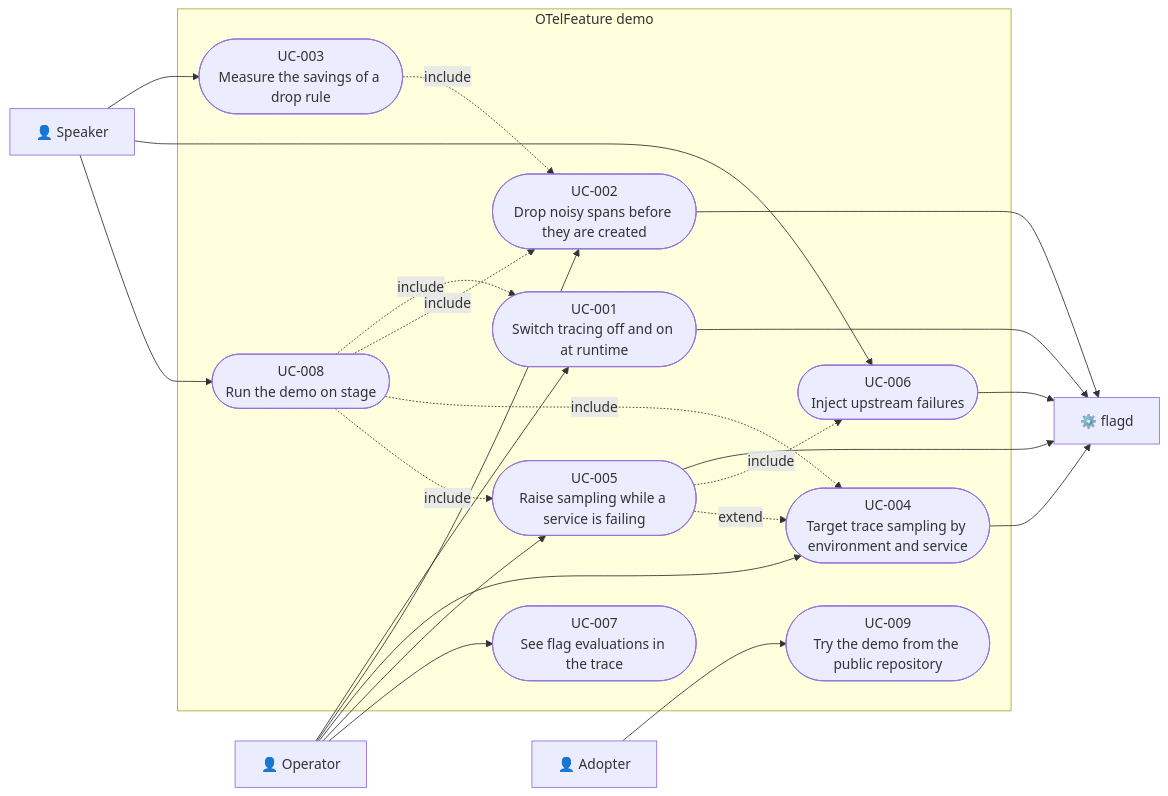
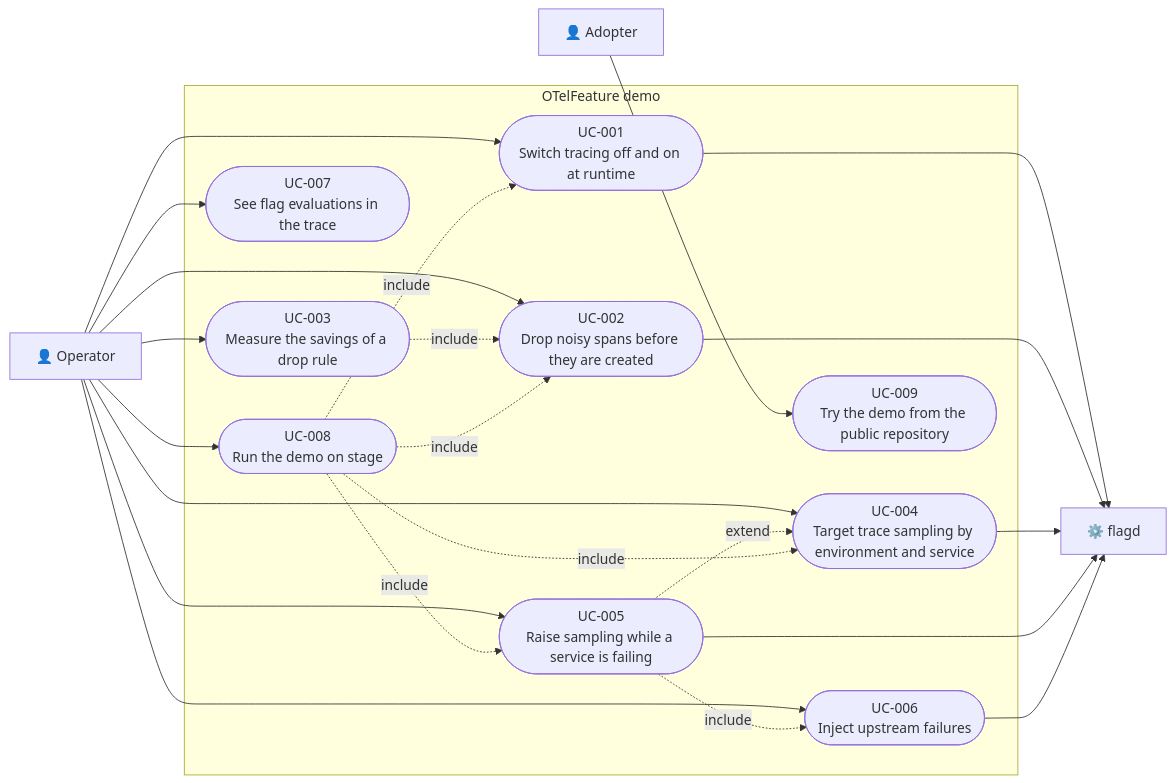
The diagram in docs/spec/use_cases.md (OTelFeature/poc), drawn with Mermaid before and after one commit. The commit also changed other lines of this file and 15 other files, not shown here.

````diff
--- a/docs/spec/use_cases.md
+++ b/docs/spec/use_cases.md
@@ -8,43 +8,42 @@
 ```mermaid
 flowchart LR
     operator["👤 Operator"]
-    speaker["👤 Speaker"]
     adopter["👤 Adopter"]
     flagd["⚙️ flagd"]
 
     subgraph demo["OTelFeature demo"]
         UC001(["UC-001<br/>Switch tracing off and on at runtime"])
         UC002(["UC-002<br/>Drop noisy spans before they are created"])
         UC003(["UC-003<br/>Measure the savings of a drop rule"])
         UC004(["UC-004<br/>Target trace sampling by environment and service"])
         UC005(["UC-005<br/>Raise sampling while a service is failing"])
         UC006(["UC-006<br/>Inject upstream failures"])
         UC007(["UC-007<br/>See flag evaluations in the trace"])
         UC008(["UC-008<br/>Run the demo on stage"])
         UC009(["UC-009<br/>Try the demo from the public repository"])
     end
 
     operator --> UC001
     operator --> UC002
     operator --> UC004
     operator --> UC005
     operator --> UC007
-    speaker --> UC003
-    speaker --> UC006
-    speaker --> UC008
+    operator --> UC003
+    operator --> UC006
+    operator --> UC008
     adopter --> UC009
 
     UC001 --> flagd
     UC002 --> flagd
     UC004 --> flagd
     UC005 --> flagd
     UC006 --> flagd
 
     UC005 -. include .-> UC006
     UC005 -. extend .-> UC004
     UC003 -. include .-> UC002
     UC008 -. include .-> UC001
     UC008 -. include .-> UC002
     UC008 -. include .-> UC004
     UC008 -. include .-> UC005
 ```
````
